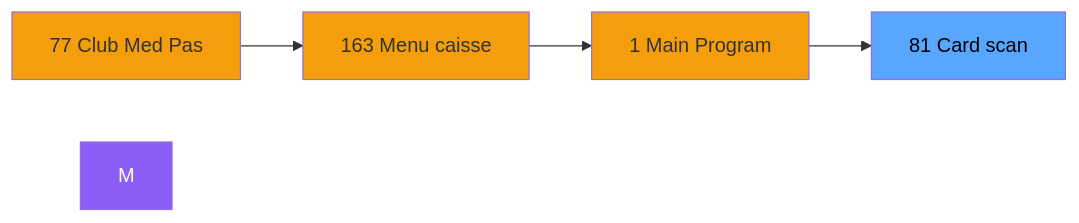
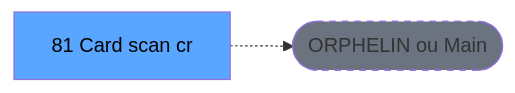
Before and after one commit to thonyAGP/lecteur-magic: the second of 3 diagrams in .openspec/renders/ADH-IDE-81.md, drawn with Mermaid. The commit also changed other lines of this file and 701 other files, not shown here.

````diff
--- a/.openspec/renders/ADH-IDE-81.md
+++ b/.openspec/renders/ADH-IDE-81.md
@@ -116,15 +118,8 @@
 ```mermaid
 graph LR
-    N77[77 Club Med Pas]
-    N163[163 Menu caisse ]
-    N1[1 Main Program]
-    T[81    Card scan]
-    N77 --> N163
-    N163 --> N1
-    N1 --> T
-    style M fill:#8b5cf6,color:#fff
-    style N77 fill:#f59e0b
-    style N163 fill:#f59e0b
-    style N1 fill:#f59e0b
+    T[81    Card scan cr]
+    ORPHAN([ORPHELIN ou Main])
+    T -.-> ORPHAN
     style T fill:#58a6ff,color:#000
+    style ORPHAN fill:#6b7280,stroke-dasharray: 5 5
 ```
````
